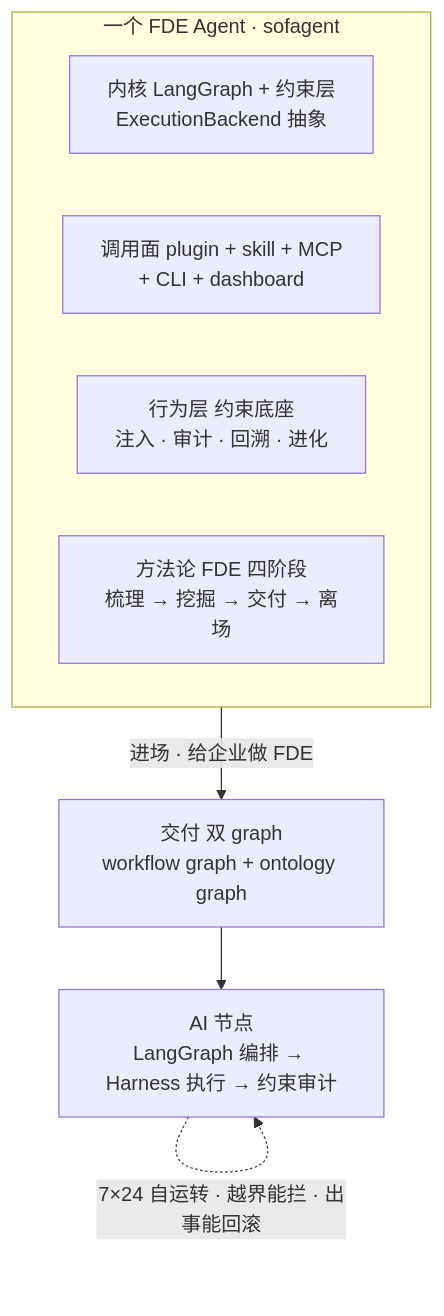
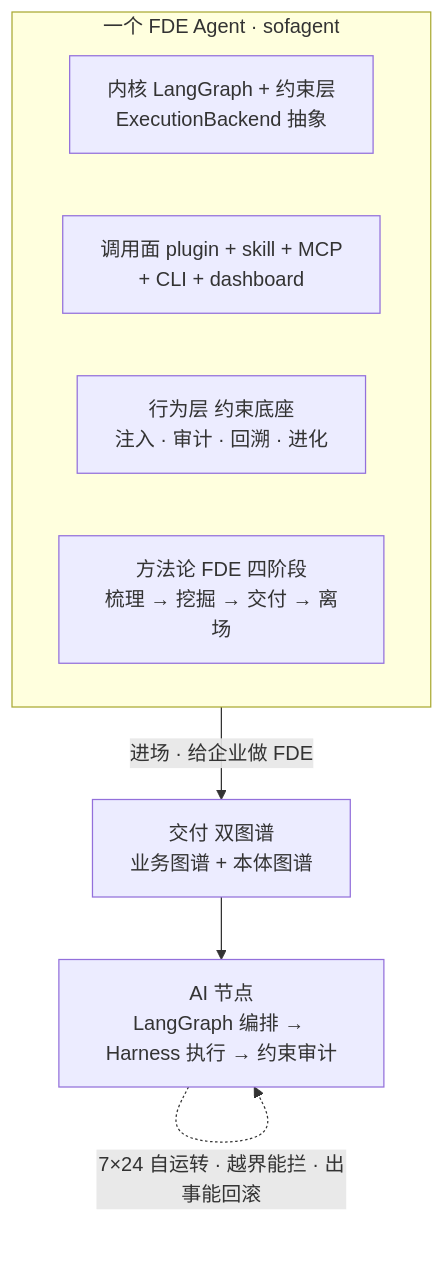
Before and after one commit to KongFangXun/sofagent: the first of 2 diagrams in README.md, drawn with Mermaid. The commit also changed other lines of this file and 41 other files, not shown here.

First line of the commit message:
refactor(docs+skill): 术语统一「工作流→业务流」+ 双图谱交付 + 业务图谱/本体图谱定义 + 收编并发 Q6/Q8/Q11

````diff
--- a/README.md
+++ b/README.md
@@ -29,12 +27,12 @@
 ```mermaid
 graph TB
     subgraph S["一个 FDE Agent · sofagent"]
         K["内核 LangGraph + 约束层<br/>ExecutionBackend 抽象"]
         I["调用面 plugin + skill + MCP<br/>+ CLI + dashboard"]
         B["行为层 约束底座<br/>注入 · 审计 · 回溯 · 进化"]
         M["方法论 FDE 四阶段<br/>梳理 → 挖掘 → 交付 → 离场"]
     end
-    S -->|"进场 · 给企业做 FDE"| D["交付 双 graph<br/>workflow graph + ontology graph"]
+    S -->|"进场 · 给企业做 FDE"| D["交付 双图谱<br/>业务图谱 + 本体图谱"]
     D --> N["AI 节点<br/>LangGraph 编排 → Harness 执行 → 约束审计"]
     N -.->|"7×24 自运转 · 越界能拦 · 出事能回滚"| N
 ```
````
